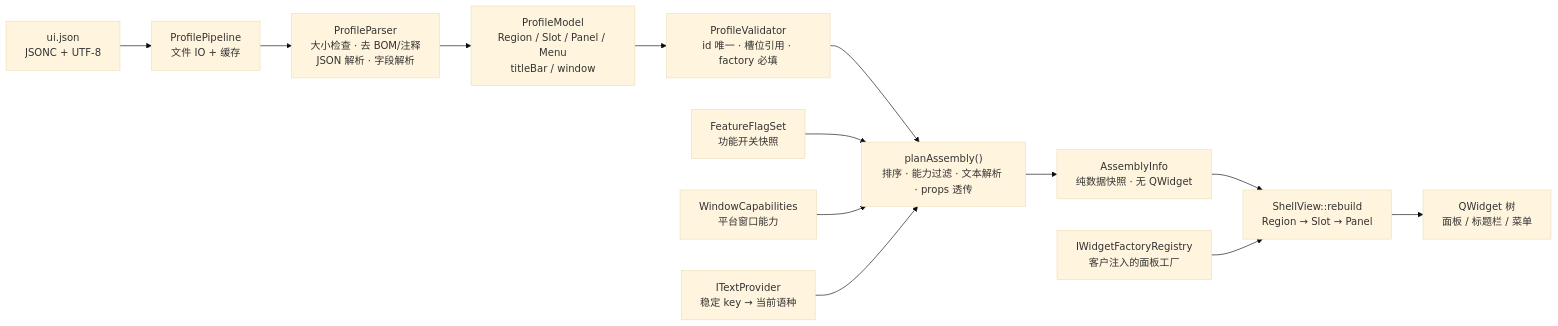
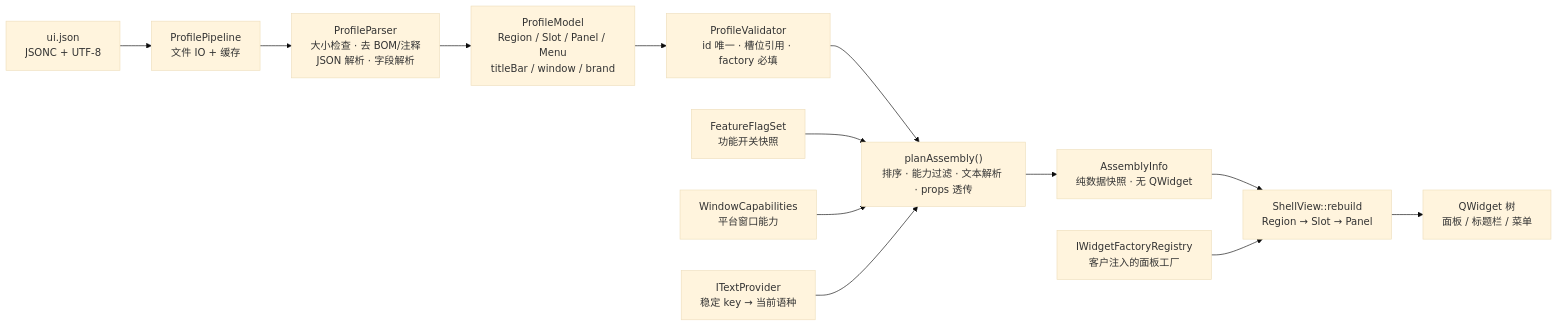
One commit to yulinxx/CAD changed the third of 5 diagrams in UiShell/README.md. Above: the diagram before and after it, drawn with Mermaid (base theme). The commit also changed other lines of this file and 14 other files, not shown here.

````diff
--- a/UiShell/README.md
+++ b/UiShell/README.md
@@ -353,16 +353,16 @@
 ```mermaid
 flowchart LR
     JSON["ui.json<br/>JSONC + UTF-8"] --> LOAD["ProfilePipeline<br/>文件 IO + 缓存"]
     LOAD --> PARSE["ProfileParser<br/>大小检查 · 去 BOM/注释<br/>JSON 解析 · 字段解析"]
-    PARSE --> MODEL["ProfileModel<br/>Region / Slot / Panel / Menu<br/>titleBar / window"]
+    PARSE --> MODEL["ProfileModel<br/>Region / Slot / Panel / Menu<br/>titleBar / window / brand"]
     MODEL --> VALID["ProfileValidator<br/>id 唯一 · 槽位引用 · factory 必填"]
     VALID --> PLAN["planAssembly()<br/>排序 · 能力过滤 · 文本解析 · props 透传"]
     PLAN --> INFO["AssemblyInfo<br/>纯数据快照 · 无 QWidget"]
     INFO --> REBUILD["ShellView::rebuild<br/>Region → Slot → Panel"]
     REBUILD --> TREE["QWidget 树<br/>面板 / 标题栏 / 菜单"]
 
     FLAGS["FeatureFlagSet<br/>功能开关快照"] --> PLAN
     CAPS["WindowCapabilities<br/>平台窗口能力"] --> PLAN
     TEXT["ITextProvider<br/>稳定 key → 当前语种"] --> PLAN
     REG["IWidgetFactoryRegistry<br/>客户注入的面板工厂"] --> REBUILD
 ```
````
